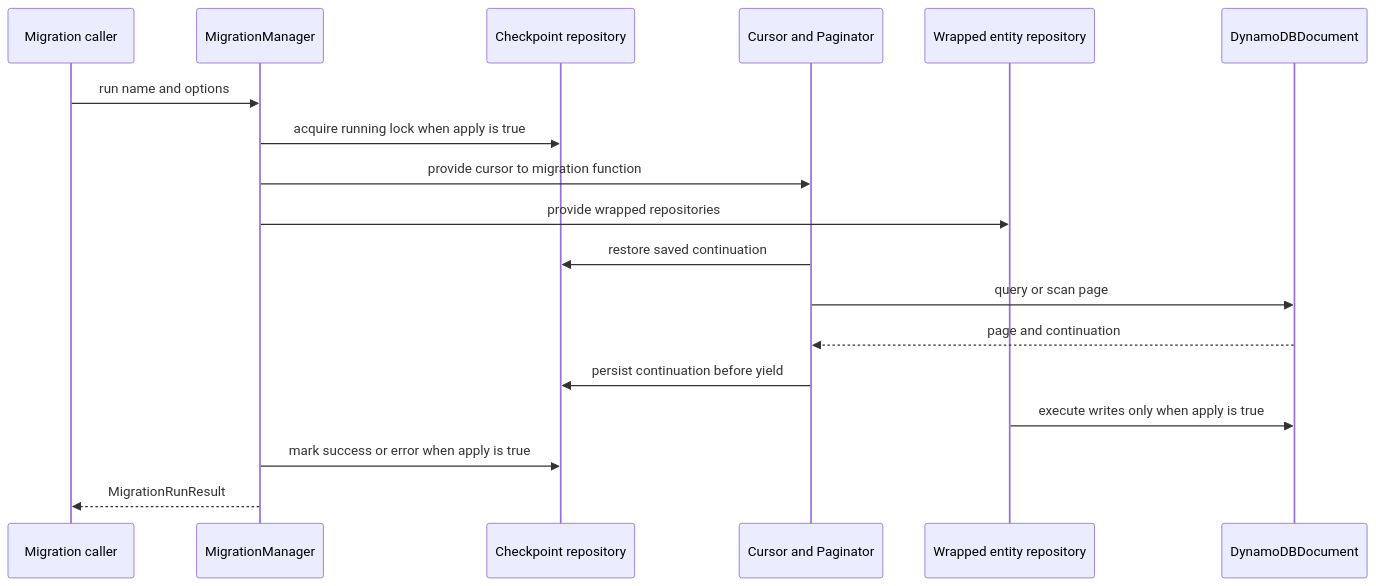
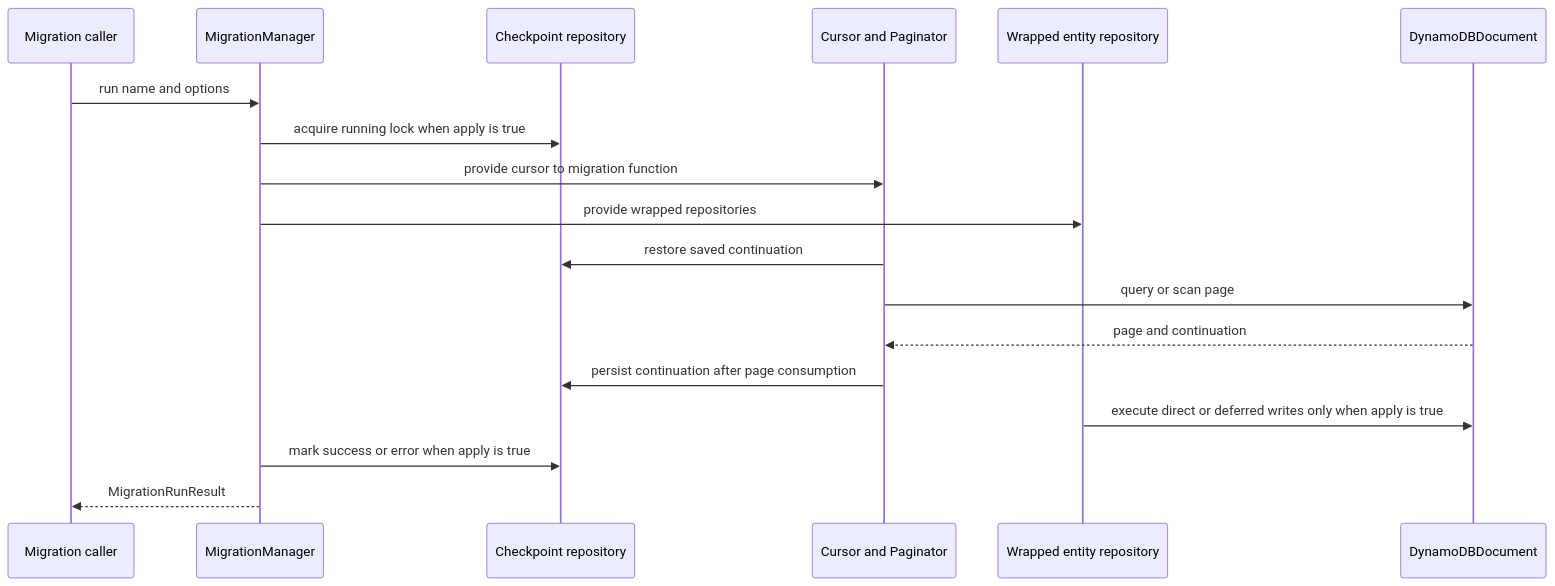
Before and after one commit to Kysumi/dyno-table: the first of 2 diagrams in openwiki/migration-system.md, drawn with Mermaid. The commit also changed other lines of this file and 4 other files, not shown here.

````diff
--- a/openwiki/migration-system.md
+++ b/openwiki/migration-system.md
@@ -24,20 +24,20 @@
 ```mermaid
 sequenceDiagram
   participant Runner as Migration caller
   participant Manager as MigrationManager
   participant Checkpoint as Checkpoint repository
   participant Cursor as Cursor and Paginator
   participant Repo as Wrapped entity repository
   participant Ddb as DynamoDBDocument
   Runner->>Manager: run name and options
   Manager->>Checkpoint: acquire running lock when apply is true
   Manager->>Cursor: provide cursor to migration function
   Manager->>Repo: provide wrapped repositories
   Cursor->>Checkpoint: restore saved continuation
   Cursor->>Ddb: query or scan page
   Ddb-->>Cursor: page and continuation
-  Cursor->>Checkpoint: persist continuation before yield
-  Repo->>Ddb: execute writes only when apply is true
+  Cursor->>Checkpoint: persist continuation after page consumption
+  Repo->>Ddb: execute direct or deferred writes only when apply is true
   Manager->>Checkpoint: mark success or error when apply is true
   Manager-->>Runner: MigrationRunResult
 ```
````
